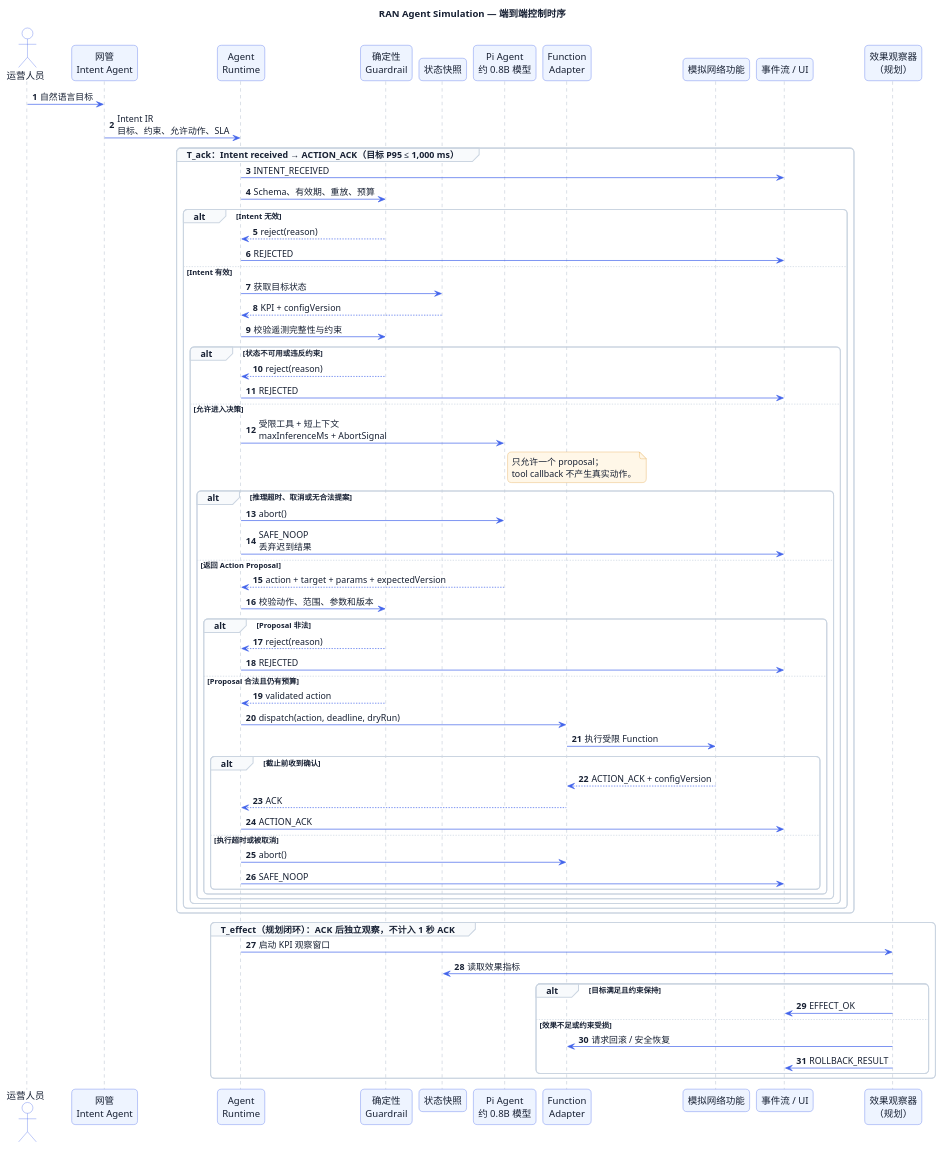
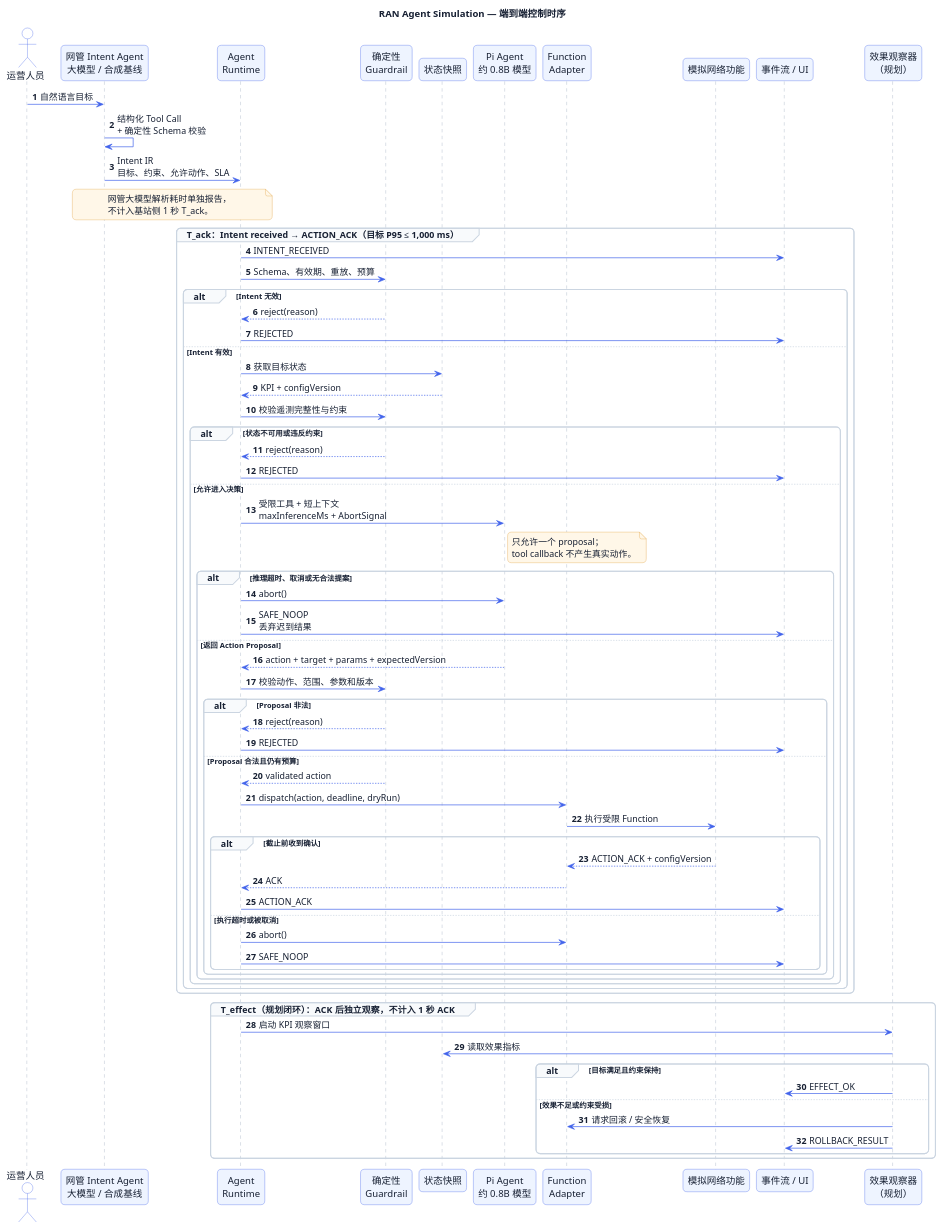
One commit to remonlimao-maker/ran-agent-simulation changed the diagram in docs/diagrams/control-sequence.puml. Above: the diagram before and after it, drawn with PlantUML. The commit also changed 12 other files, not shown here.

```diff
--- a/docs/diagrams/control-sequence.puml
+++ b/docs/diagrams/control-sequence.puml
@@ -1,105 +1,111 @@
 @startuml
 title RAN Agent Simulation — 端到端控制时序
 
 skinparam backgroundColor #FFFFFF
 skinparam shadowing false
 skinparam roundcorner 12
 skinparam defaultFontName SansSerif
 skinparam defaultFontColor #172033
 skinparam sequence {
   ArrowColor #4263EB
   LifeLineBorderColor #94A3B8
   LifeLineBackgroundColor #F8FAFC
   ParticipantBorderColor #4263EB
   ParticipantBackgroundColor #EEF4FF
   ParticipantFontColor #172033
   ActorBorderColor #4263EB
   ActorBackgroundColor #FFFFFF
   GroupBorderColor #CBD5E1
   GroupBackgroundColor #F8FAFC
   GroupHeaderFontColor #172033
 }
 skinparam note {
   BackgroundColor #FFF7E8
   BorderColor #E09F3E
   FontColor #172033
 }
 
 autonumber
 actor "运营人员" as Operator
-participant "网管\nIntent Agent" as IntentAgent
+participant "网管 Intent Agent\n大模型 / 合成基线" as IntentAgent
 participant "Agent\nRuntime" as Runtime
 participant "确定性\nGuardrail" as Guard
 participant "状态快照" as Snapshot
 participant "Pi Agent\n约 0.8B 模型" as Model
 participant "Function\nAdapter" as Adapter
 participant "模拟网络功能" as Function
 participant "事件流 / UI" as UI
 participant "效果观察器\n（规划）" as Observer
 
 Operator -> IntentAgent : 自然语言目标
+IntentAgent -> IntentAgent : 结构化 Tool Call\n+ 确定性 Schema 校验
 IntentAgent -> Runtime : Intent IR\n目标、约束、允许动作、SLA
+
+note over IntentAgent, Runtime
+网管大模型解析耗时单独报告，
+不计入基站侧 1 秒 T_ack。
+end note
 
 group T_ack：Intent received → ACTION_ACK（目标 P95 ≤ 1,000 ms）
   Runtime -> UI : INTENT_RECEIVED
   Runtime -> Guard : Schema、有效期、重放、预算
 
   alt Intent 无效
     Guard --> Runtime : reject(reason)
     Runtime -> UI : REJECTED
   else Intent 有效
     Runtime -> Snapshot : 获取目标状态
     Snapshot --> Runtime : KPI + configVersion
     Runtime -> Guard : 校验遥测完整性与约束
 
     alt 状态不可用或违反约束
       Guard --> Runtime : reject(reason)
       Runtime -> UI : REJECTED
     else 允许进入决策
       Runtime -> Model : 受限工具 + 短上下文\nmaxInferenceMs + AbortSignal
 
       note right of Model
       只允许一个 proposal；
       tool callback 不产生真实动作。
       end note
 
       alt 推理超时、取消或无合法提案
         Runtime -> Model : abort()
         Runtime -> UI : SAFE_NOOP\n丢弃迟到结果
       else 返回 Action Proposal
         Model --> Runtime : action + target + params + expectedVersion
         Runtime -> Guard : 校验动作、范围、参数和版本
 
         alt Proposal 非法
           Guard --> Runtime : reject(reason)
           Runtime -> UI : REJECTED
         else Proposal 合法且仍有预算
           Guard --> Runtime : validated action
           Runtime -> Adapter : dispatch(action, deadline, dryRun)
           Adapter -> Function : 执行受限 Function
 
           alt 截止前收到确认
             Function --> Adapter : ACTION_ACK + configVersion
             Adapter --> Runtime : ACK
             Runtime -> UI : ACTION_ACK
           else 执行超时或被取消
             Runtime -> Adapter : abort()
             Runtime -> UI : SAFE_NOOP
           end
         end
       end
     end
   end
 end
 
 group T_effect（规划闭环）：ACK 后独立观察，不计入 1 秒 ACK
   Runtime -> Observer : 启动 KPI 观察窗口
   Observer -> Snapshot : 读取效果指标
   alt 目标满足且约束保持
     Observer -> UI : EFFECT_OK
   else 效果不足或约束受损
     Observer -> Adapter : 请求回滚 / 安全恢复
     Observer -> UI : ROLLBACK_RESULT
   end
 end
 @enduml
```
